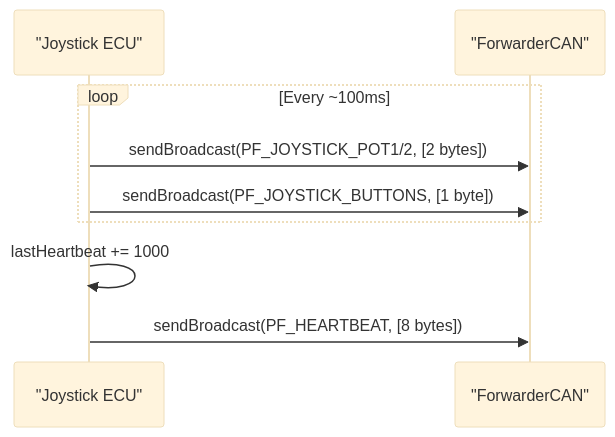
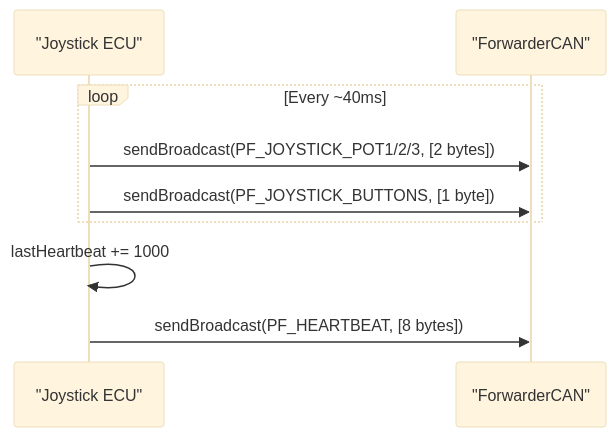
One commit to gunicsba/ESP_CAN_ECU_joystick_collection changed the eighth of 9 diagrams in .qoder/repowiki/en/content/ECU Implementations/Joystick ECU/Joystick ECU.md. Above: the diagram before and after it, drawn with Mermaid (base theme). The commit also changed other lines of this file and 15 other files, not shown here.

````diff
--- a/.qoder/repowiki/en/content/ECU Implementations/Joystick ECU/Joystick ECU.md
+++ b/.qoder/repowiki/en/content/ECU Implementations/Joystick ECU/Joystick ECU.md
@@ -232,11 +310,11 @@
 ```mermaid
 sequenceDiagram
 participant JS as "Joystick ECU"
 participant CAN as "ForwarderCAN"
-loop Every ~100ms
-JS->>CAN : sendBroadcast(PF_JOYSTICK_POT1/2, [2 bytes])
+loop Every ~40ms
+JS->>CAN : sendBroadcast(PF_JOYSTICK_POT1/2/3, [2 bytes])
 JS->>CAN : sendBroadcast(PF_JOYSTICK_BUTTONS, [1 byte])
 end
 JS->>JS : lastHeartbeat += 1000
 JS->>CAN : sendBroadcast(PF_HEARTBEAT, [8 bytes])
 ```
````
